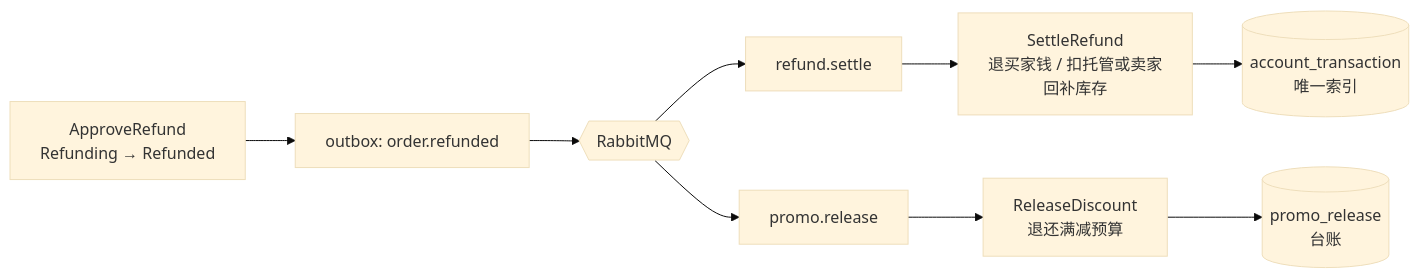
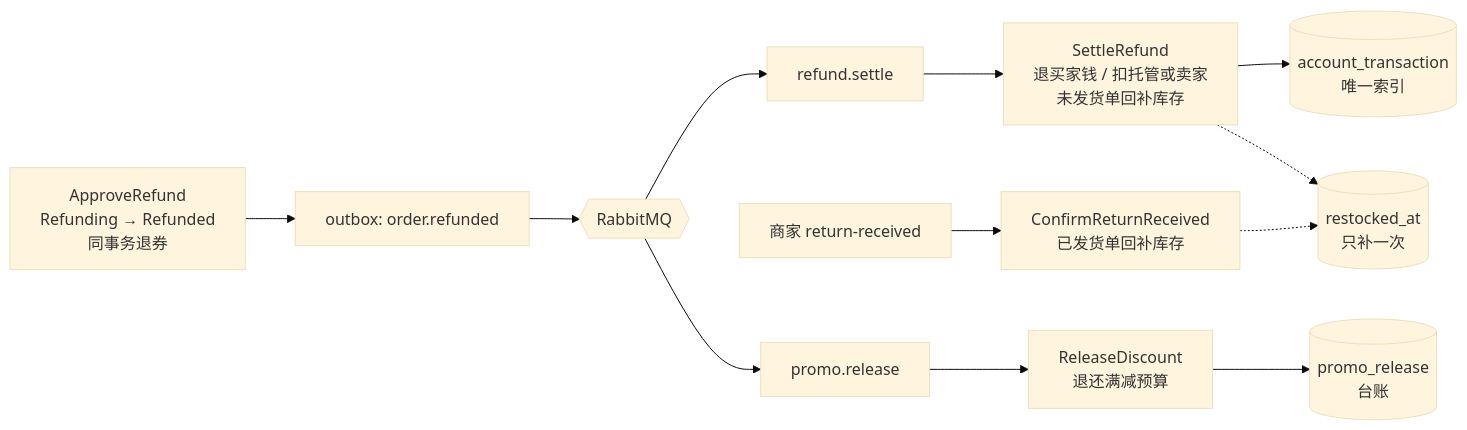
One commit to RedInn7/gomall changed the fourth of 4 diagrams in docs/lecture/19-fulfillment-aftersales.md. Above: the diagram before and after it, drawn with Mermaid (base theme). The commit also changed other lines of this file and 1 other file, not shown here.

````diff
--- a/docs/lecture/19-fulfillment-aftersales.md
+++ b/docs/lecture/19-fulfillment-aftersales.md
@@ -459,11 +506,14 @@
 ```mermaid
 flowchart LR
-    A["ApproveRefund<br/>Refunding → Refunded"] --> O["outbox: order.refunded"]
+    A["ApproveRefund<br/>Refunding → Refunded<br/>同事务退券"] --> O["outbox: order.refunded"]
     O --> X{{"RabbitMQ"}}
     X --> Q1["refund.settle"]
     X --> Q2["promo.release"]
-    Q1 --> S["SettleRefund<br/>退买家钱 / 扣托管或卖家<br/>回补库存"]
+    Q1 --> S["SettleRefund<br/>退买家钱 / 扣托管或卖家<br/>未发货单回补库存"]
     Q2 --> P["ReleaseDiscount<br/>退还满减预算"]
     S --> L1[("account_transaction<br/>唯一索引")]
     P --> L2[("promo_release<br/>台账")]
+    M["商家 return-received"] --> R["ConfirmReturnReceived<br/>已发货单回补库存"]
+    S -.-> RS[("restocked_at<br/>只补一次")]
+    R -.-> RS
 ```
````
